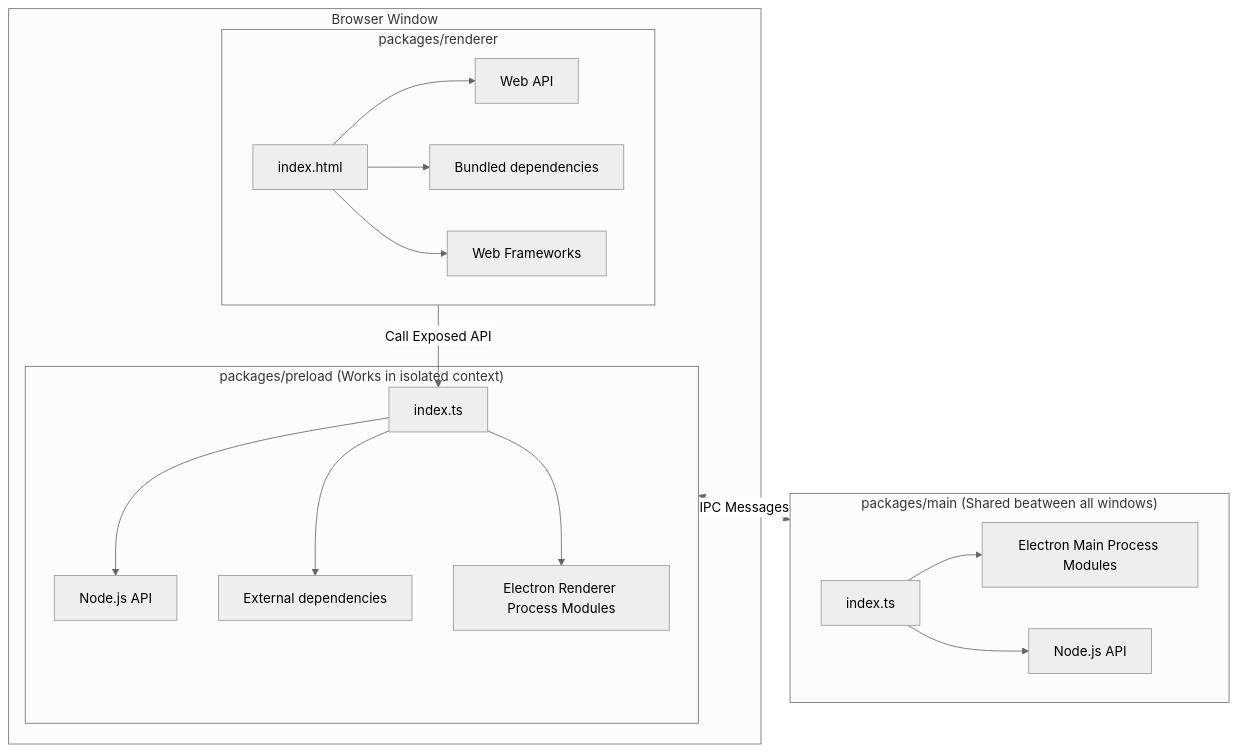
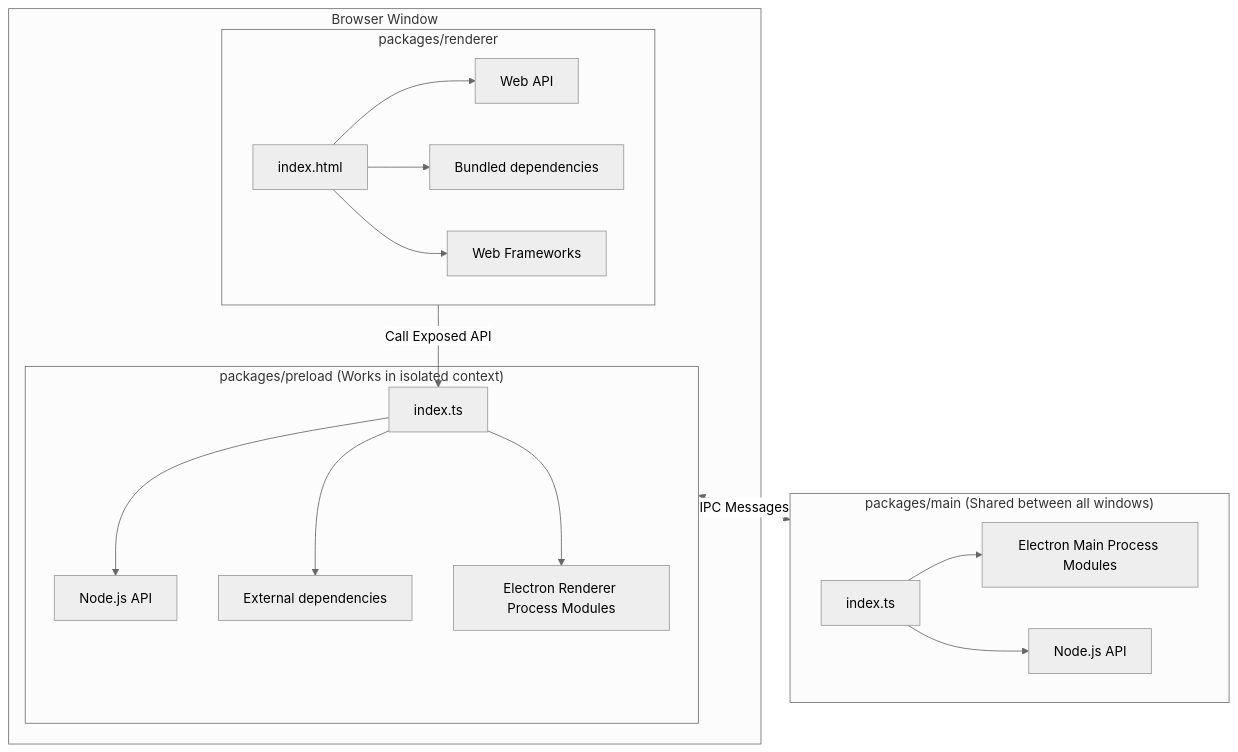
One commit to cawa-93/vite-electron-builder changed the first of 2 diagrams in README.md. Above: the diagram before and after it, drawn with Mermaid (neutral theme). The commit also changed other lines of this file, not shown here.

````diff
--- a/README.md
+++ b/README.md
@@ -115,27 +131,27 @@
 ```mermaid
 flowchart TB;
 
 packages/preload <-. IPC Messages .-> packages/main
 
-    subgraph packages/main["packages/main (Shared beatween all windows)"]
+    subgraph packages/main["packages/main (Shared between all windows)"]
     M[index.ts] --> EM[Electron Main Process Modules]
     M --> N2[Node.js API]
     end
 
 subgraph Window["Browser Window"]
     subgraph packages/preload["packages/preload (Works in isolated context)"]
     P[index.ts] --> N[Node.js API]
     P --> ED[External dependencies]
     P --> ER[Electron Renderer Process Modules]
     end
 
 
     subgraph packages/renderer
     R[index.html] --> W[Web API]
     R --> BD[Bundled dependencies]
     R --> F[Web Frameworks]
     end
     end
 
 packages/renderer -- Call Exposed API --> P
 ```
````
